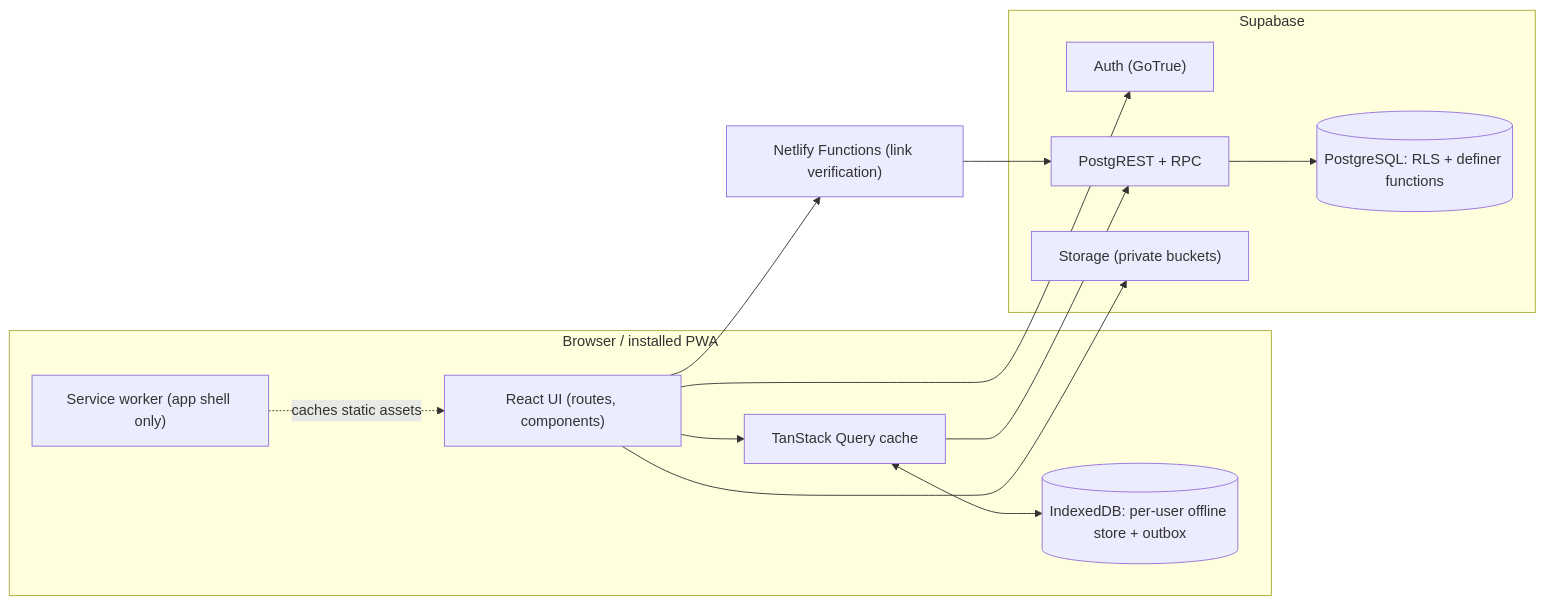
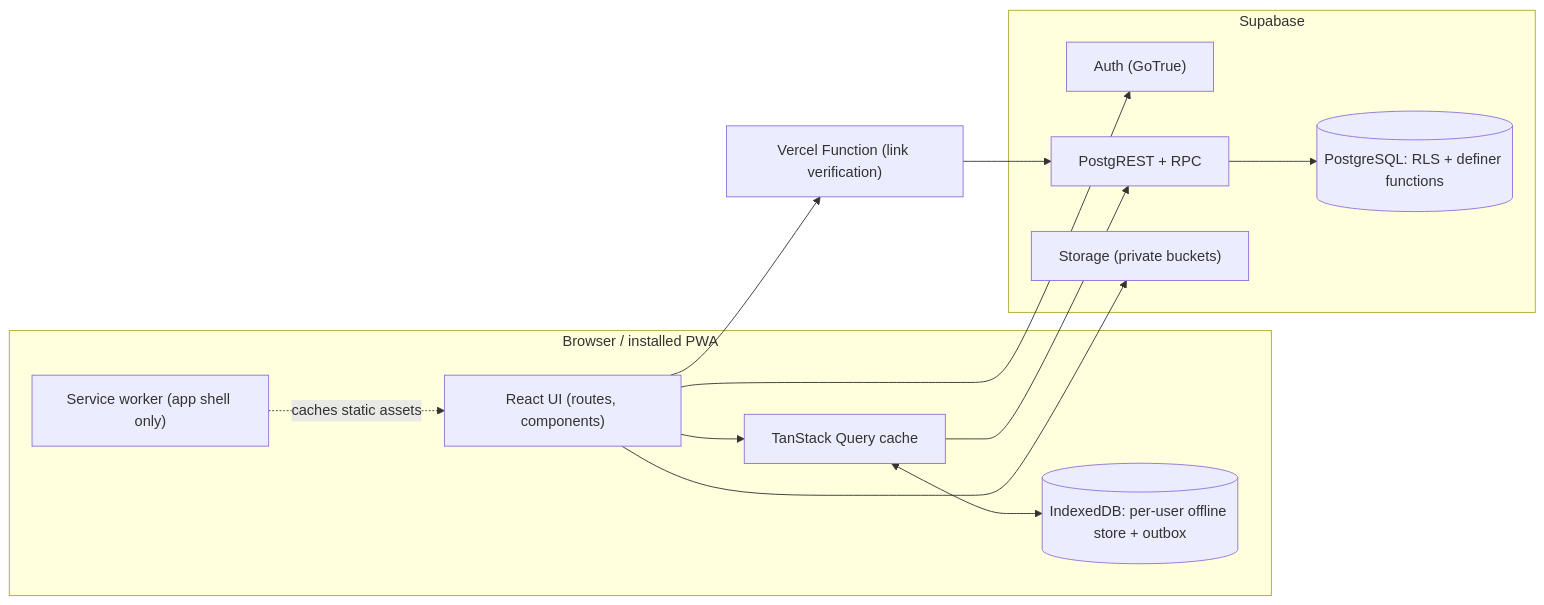
One commit to 10954065/gradpath changed the diagram in PROJECT_ARCHITECTURE.md. Above: the diagram before and after it, drawn with Mermaid. The commit also changed other lines of this file and 15 other files, not shown here.

First line of the commit message:
chore: deploy on Vercel instead of Netlify

````diff
--- a/PROJECT_ARCHITECTURE.md
+++ b/PROJECT_ARCHITECTURE.md
@@ -8,22 +8,22 @@
 ```mermaid
 flowchart LR
   subgraph Browser["Browser / installed PWA"]
     UI["React UI (routes, components)"]
     Q["TanStack Query cache"]
     IDB[("IndexedDB: per-user offline store + outbox")]
     SW["Service worker (app shell only)"]
   end
   subgraph Supabase
     AUTH["Auth (GoTrue)"]
     REST["PostgREST + RPC"]
     PG[("PostgreSQL: RLS + definer functions")]
     ST["Storage (private buckets)"]
   end
-  NF["Netlify Functions (link verification)"]
+  NF["Vercel Function (link verification)"]
   UI --> Q --> REST --> PG
   UI --> AUTH
   UI --> ST
   Q <--> IDB
   SW -. caches static assets .-> UI
   UI --> NF --> REST
 ```
````
